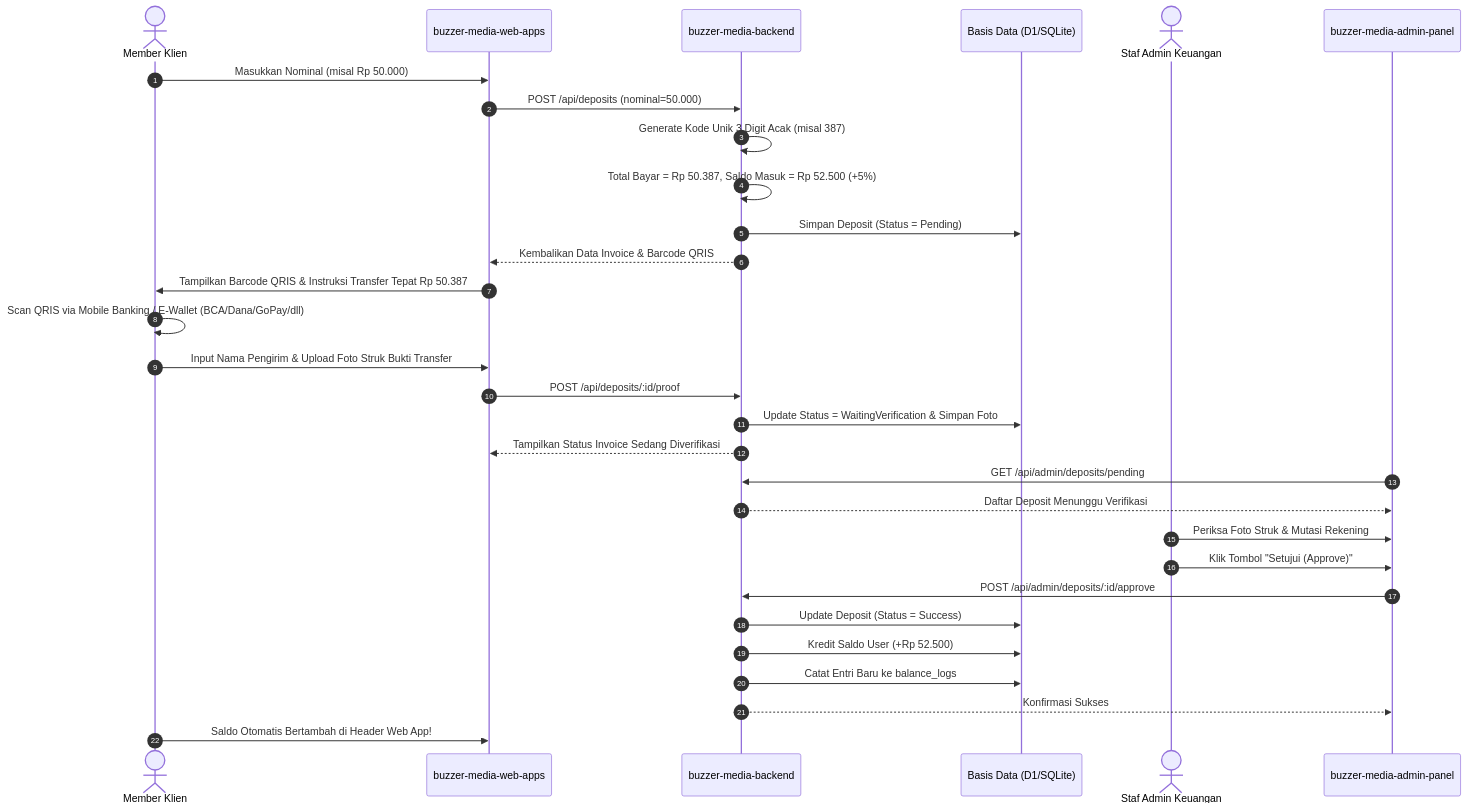
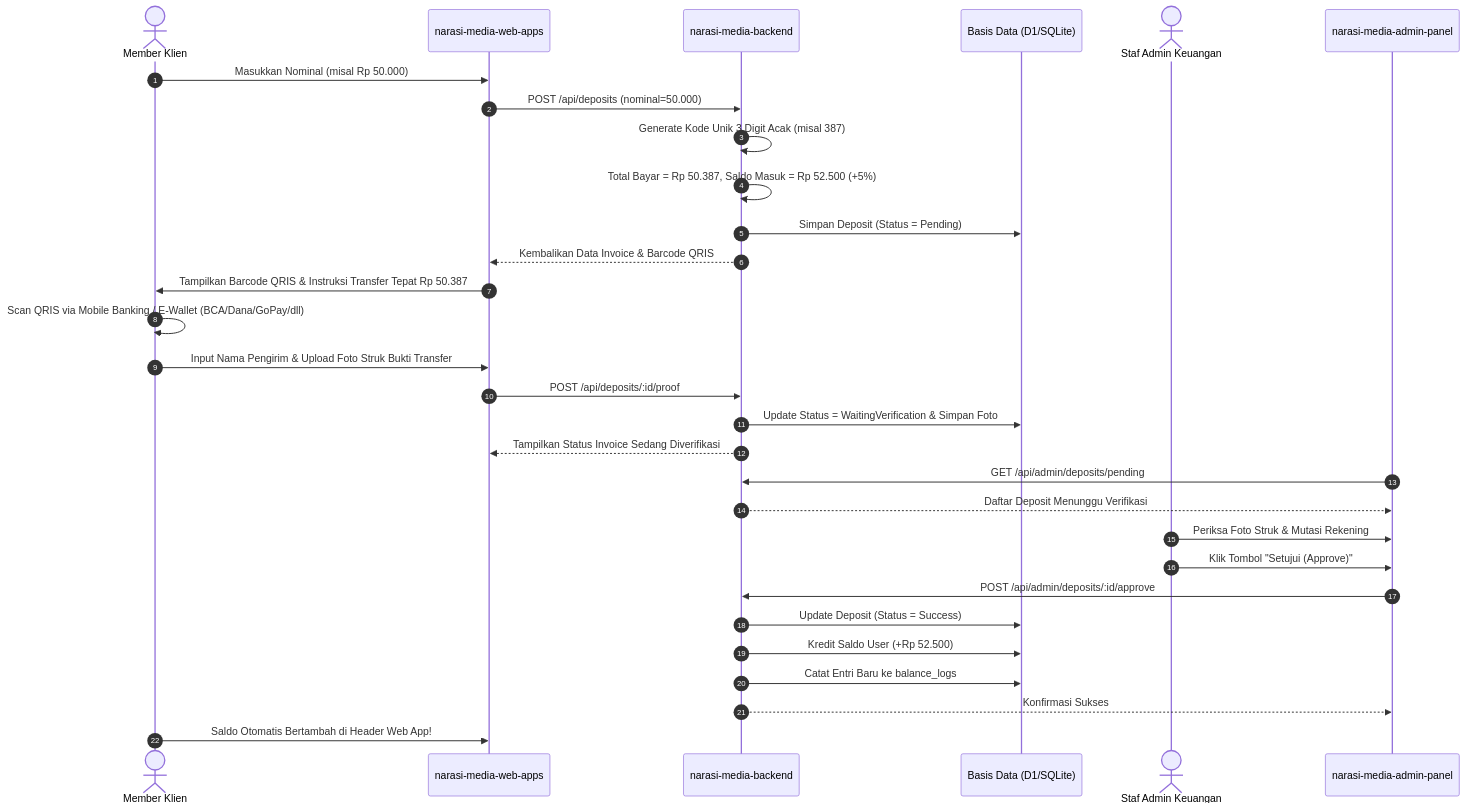
One commit to Narasi-Media/narasi-media-docs changed the diagram in manual-qris-workflow.md. Above: the diagram before and after it, drawn with Mermaid. The commit also changed other lines of this file and 5 other files, not shown here.

Commit message:
docs: complete Narasi Media architectural and deployment documentation

````diff
--- a/manual-qris-workflow.md
+++ b/manual-qris-workflow.md
@@ -9,36 +9,36 @@
 ```mermaid
 sequenceDiagram
     autonumber
     actor User as Member Klien
-    participant WebApp as buzzer-media-web-apps
-    participant Backend as buzzer-media-backend
+    participant WebApp as narasi-media-web-apps
+    participant Backend as narasi-media-backend
     participant DB as Basis Data (D1/SQLite)
     actor Admin as Staf Admin Keuangan
-    participant AdminPanel as buzzer-media-admin-panel
+    participant AdminPanel as narasi-media-admin-panel
 
     User->>WebApp: Masukkan Nominal (misal Rp 50.000)
     WebApp->>Backend: POST /api/deposits (nominal=50.000)
     Backend->>Backend: Generate Kode Unik 3 Digit Acak (misal 387)
     Backend->>Backend: Total Bayar = Rp 50.387, Saldo Masuk = Rp 52.500 (+5%)
     Backend->>DB: Simpan Deposit (Status = Pending)
     Backend-->>WebApp: Kembalikan Data Invoice & Barcode QRIS
 
     WebApp->>User: Tampilkan Barcode QRIS & Instruksi Transfer Tepat Rp 50.387
     User->>User: Scan QRIS via Mobile Banking / E-Wallet (BCA/Dana/GoPay/dll)
     User->>WebApp: Input Nama Pengirim & Upload Foto Struk Bukti Transfer
     WebApp->>Backend: POST /api/deposits/:id/proof
     Backend->>DB: Update Status = WaitingVerification & Simpan Foto
     Backend-->>WebApp: Tampilkan Status Invoice Sedang Diverifikasi
 
     AdminPanel->>Backend: GET /api/admin/deposits/pending
     Backend-->>AdminPanel: Daftar Deposit Menunggu Verifikasi
     Admin->>AdminPanel: Periksa Foto Struk & Mutasi Rekening
     Admin->>AdminPanel: Klik Tombol "Setujui (Approve)"
     AdminPanel->>Backend: POST /api/admin/deposits/:id/approve
     Backend->>DB: Update Deposit (Status = Success)
     Backend->>DB: Kredit Saldo User (+Rp 52.500)
     Backend->>DB: Catat Entri Baru ke balance_logs
     Backend-->>AdminPanel: Konfirmasi Sukses
 
     User->>WebApp: Saldo Otomatis Bertambah di Header Web App!
 ```
````
